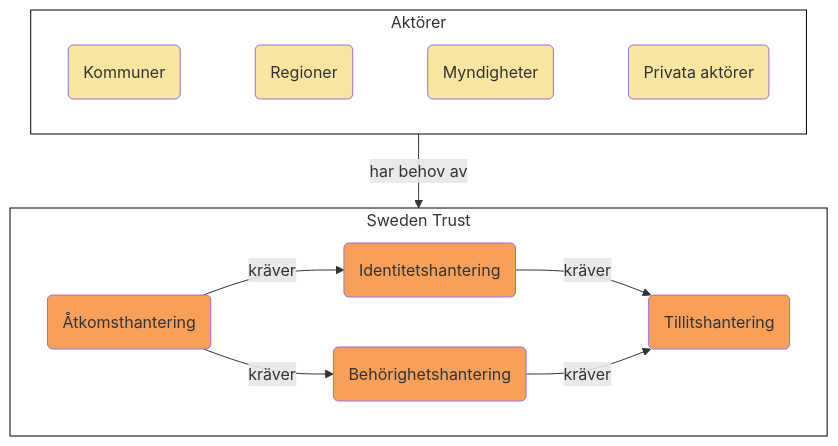
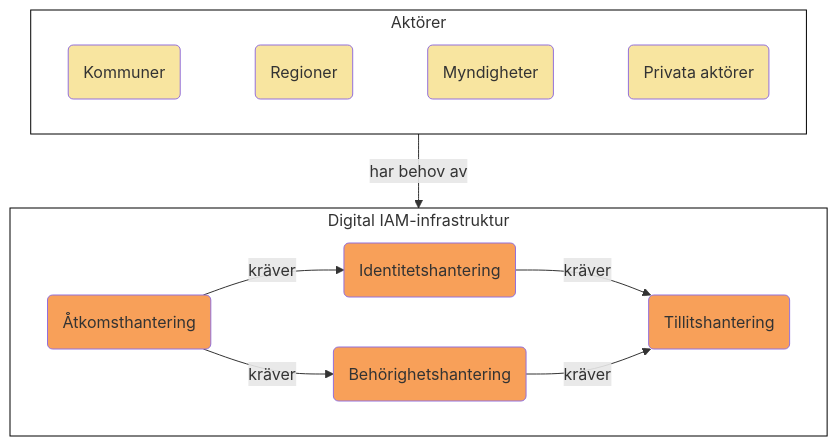
One commit to diggsweden/ena-authorization changed the first of 9 diagrams in architecture/drafts/IAM_TargetArchitecture_Sweden.md. Above: the diagram before and after it, drawn with Mermaid. The commit also changed other lines of this file, not shown here.

Commit message:
Simplified some graphs

````diff
--- a/architecture/drafts/IAM_TargetArchitecture_Sweden.md
+++ b/architecture/drafts/IAM_TargetArchitecture_Sweden.md
@@ -26,26 +26,26 @@
 ```mermaid
 graph TD
 classDef org fill:#F8E5A0
 classDef area fill:#F8a059
 classDef box fill:#ffffff,stroke:#000000
 
 subgraph actors[Aktörer]
 direction LR     
  k(Kommuner):::org~~~
  r(Regioner):::org~~~
  m(Myndigheter):::org~~~
  p(Privata aktörer):::org
 end
 actors:::box
 
-subgraph iam[Sweden Trust]
+subgraph iam[Digital IAM-infrastruktur]
  Å(Åtkomsthantering):::area
  I(Identitetshantering):::area
  B(Behörighetshantering):::area
  T(Tillitshantering):::area
 end
 iam:::box
 
 actors--har behov av-->iam
 Å--kräver-->I & B--kräver-->T
 ```
````
